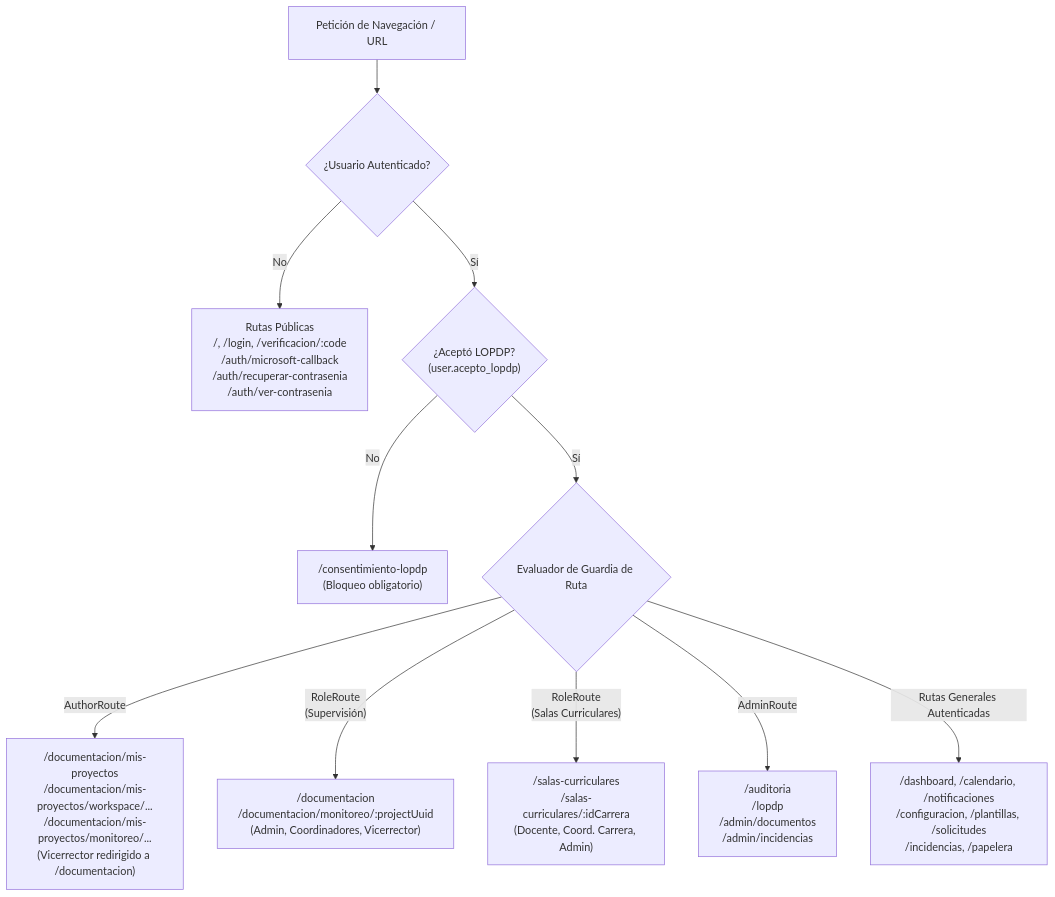
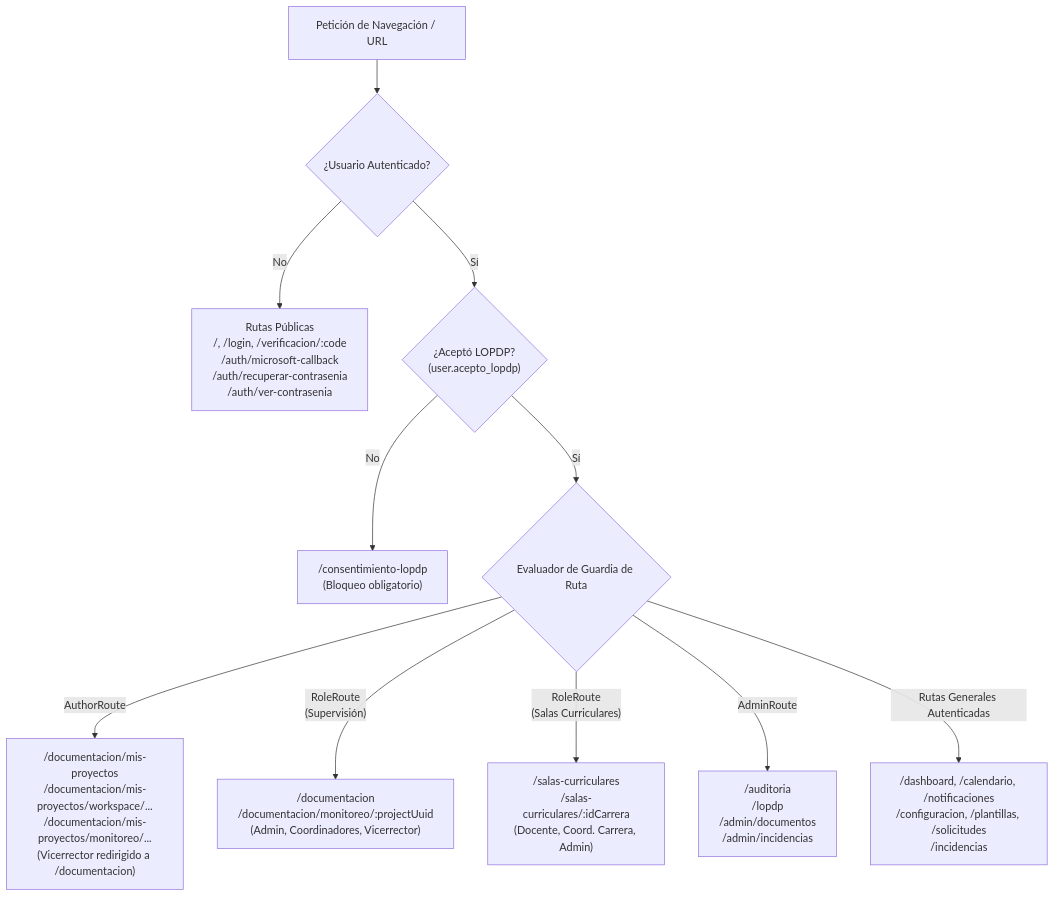
One commit to JorgeDoicela/dosier changed the diagram in docs/documentacion/05-frontend-web/01-arquitectura-react-vite.md. Above: the diagram before and after it, drawn with Mermaid. The commit also changed other lines of this file and 40 other files, not shown here.

````diff
--- a/docs/documentacion/05-frontend-web/01-arquitectura-react-vite.md
+++ b/docs/documentacion/05-frontend-web/01-arquitectura-react-vite.md
@@ -104,16 +103,16 @@
 ```mermaid
 flowchart TD
     Req["Petición de Navegación / URL"] --> AuthCheck{"¿Usuario Autenticado?"}
 
     AuthCheck -->|"No"| PublicRoutes["Rutas Públicas\n/, /login, /verificacion/:code\n/auth/microsoft-callback\n/auth/recuperar-contrasenia\n/auth/ver-contrasenia"]
     AuthCheck -->|"Sí"| LopdpCheck{"¿Aceptó LOPDP?\n(user.acepto_lopdp)"}
 
     LopdpCheck -->|"No"| LopdpConsent["/consentimiento-lopdp\n(Bloqueo obligatorio)"]
     LopdpCheck -->|"Sí"| GuardDispatcher{"Evaluador de Guardia de Ruta"}
 
     GuardDispatcher -->|"AuthorRoute"| AuthorRoutes["/documentacion/mis-proyectos\n/documentacion/mis-proyectos/workspace/...\n/documentacion/mis-proyectos/monitoreo/...\n(Vicerrector redirigido a /documentacion)"]
     GuardDispatcher -->|"RoleRoute\n(Supervisión)"| SupervRoutes["/documentacion\n/documentacion/monitoreo/:projectUuid\n(Admin, Coordinadores, Vicerrector)"]
     GuardDispatcher -->|"RoleRoute\n(Salas Curriculares)"| SalaRoutes["/salas-curriculares\n/salas-curriculares/:idCarrera\n(Docente, Coord. Carrera, Admin)"]
     GuardDispatcher -->|"AdminRoute"| AdminRoutes["/auditoria\n/lopdp\n/admin/documentos\n/admin/incidencias"]
-    GuardDispatcher -->|"Rutas Generales Autenticadas"| GenRoutes["/dashboard, /calendario, /notificaciones\n/configuracion, /plantillas, /solicitudes\n/incidencias, /papelera"]
+    GuardDispatcher -->|"Rutas Generales Autenticadas"| GenRoutes["/dashboard, /calendario, /notificaciones\n/configuracion, /plantillas, /solicitudes\n/incidencias"]
 ```
````
